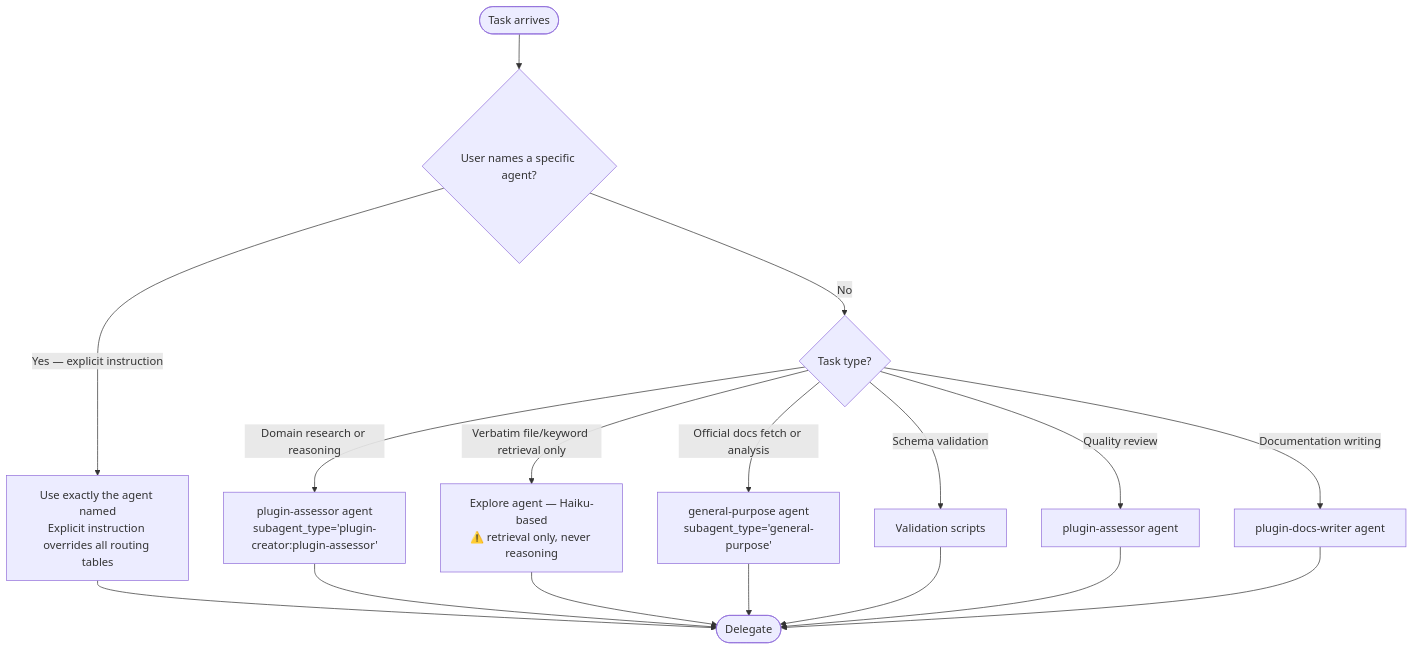
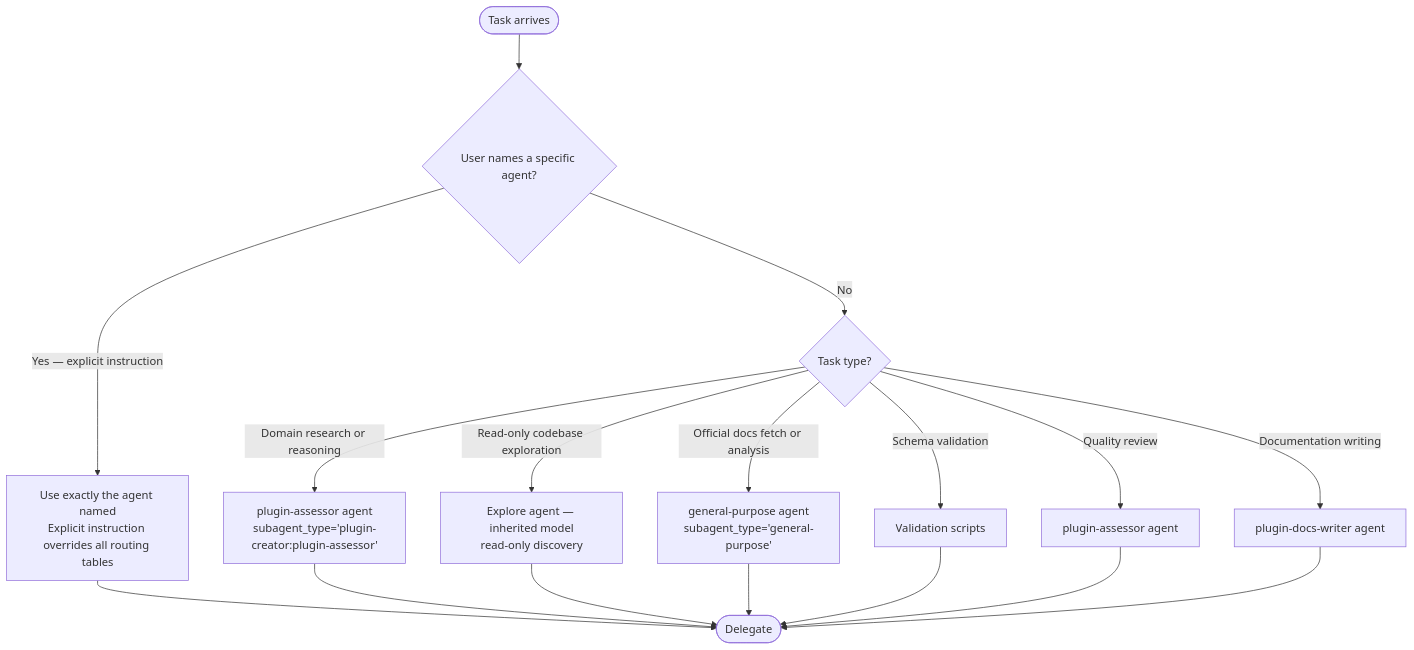
One commit to Jamie-BitFlight/claude_skills changed the first of 2 diagrams in plugins/plugin-creator/skills/plugin-creator/SKILL.md. Above: the diagram before and after it, drawn with Mermaid. The commit also changed other lines of this file and 57 other files, not shown here.

````diff
--- a/plugins/plugin-creator/skills/plugin-creator/SKILL.md
+++ b/plugins/plugin-creator/skills/plugin-creator/SKILL.md
@@ -23,19 +23,19 @@
 ```mermaid
 flowchart TD
     Start([Task arrives]) --> Q1{User names a specific agent?}
     Q1 -->|Yes — explicit instruction| Override["Use exactly the agent named<br>Explicit instruction overrides all routing tables"]
     Q1 -->|No| Q2{Task type?}
     Q2 -->|Domain research or reasoning| CG["plugin-assessor agent<br>subagent_type='plugin-creator:plugin-assessor'"]
-    Q2 -->|Verbatim file/keyword retrieval only| Explore["Explore agent — Haiku-based<br>⚠️ retrieval only, never reasoning"]
+    Q2 -->|Read-only codebase exploration| Explore["Explore agent — inherited model<br>read-only discovery"]
     Q2 -->|Official docs fetch or analysis| GP["general-purpose agent<br>subagent_type='general-purpose'"]
     Q2 -->|Schema validation| Scripts[Validation scripts]
     Q2 -->|Quality review| Assessor["plugin-assessor agent"]
     Q2 -->|Documentation writing| Docs["plugin-docs-writer agent"]
     Override --> Done([Delegate])
     CG --> Done
     Explore --> Done
     GP --> Done
     Scripts --> Done
     Assessor --> Done
     Docs --> Done
 ```
````
